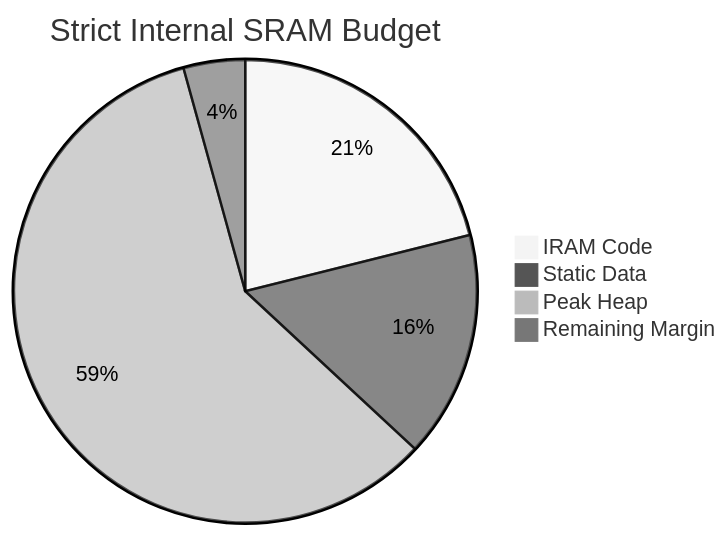
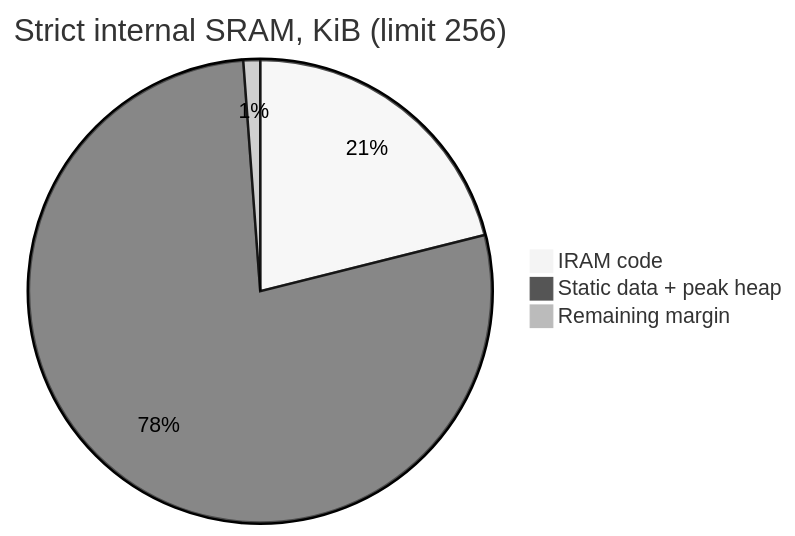
Diagram 11 of 12 in README.md (Raj24-dev/Kws), drawn with Mermaid (neutral theme) before and after one commit. The commit also changed other lines of this file and 211 other files, not shown here.

````diff
--- a/README.md
+++ b/README.md
@@ -1245,7 +864,6 @@
 ```mermaid
-pie title Strict Internal SRAM Budget
-    "IRAM Code" : 54
-    "Static Data" : 40.5
-    "Peak Heap" : 150.5
-    "Remaining Margin" : 11
+pie title Strict internal SRAM, KiB (limit 256)
+    "IRAM code" : 54
+    "Static data + peak heap" : 199
+    "Remaining margin" : 3
 ```
````
